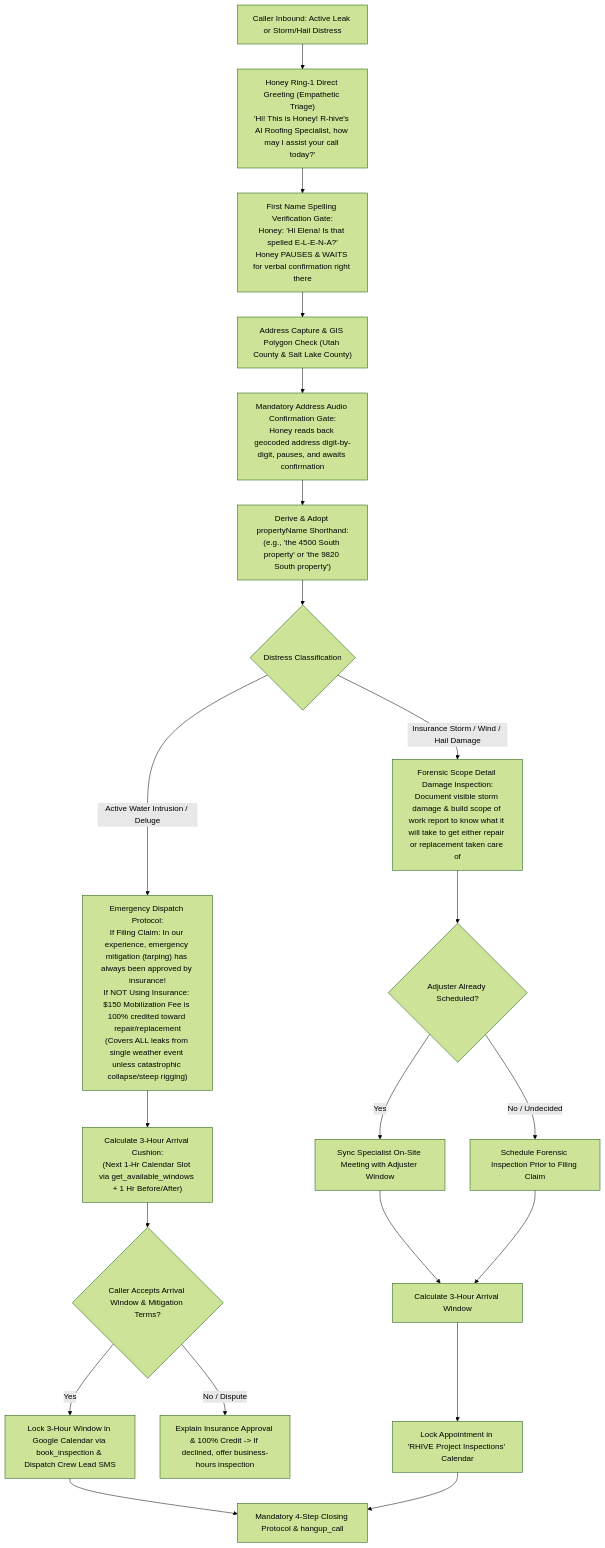
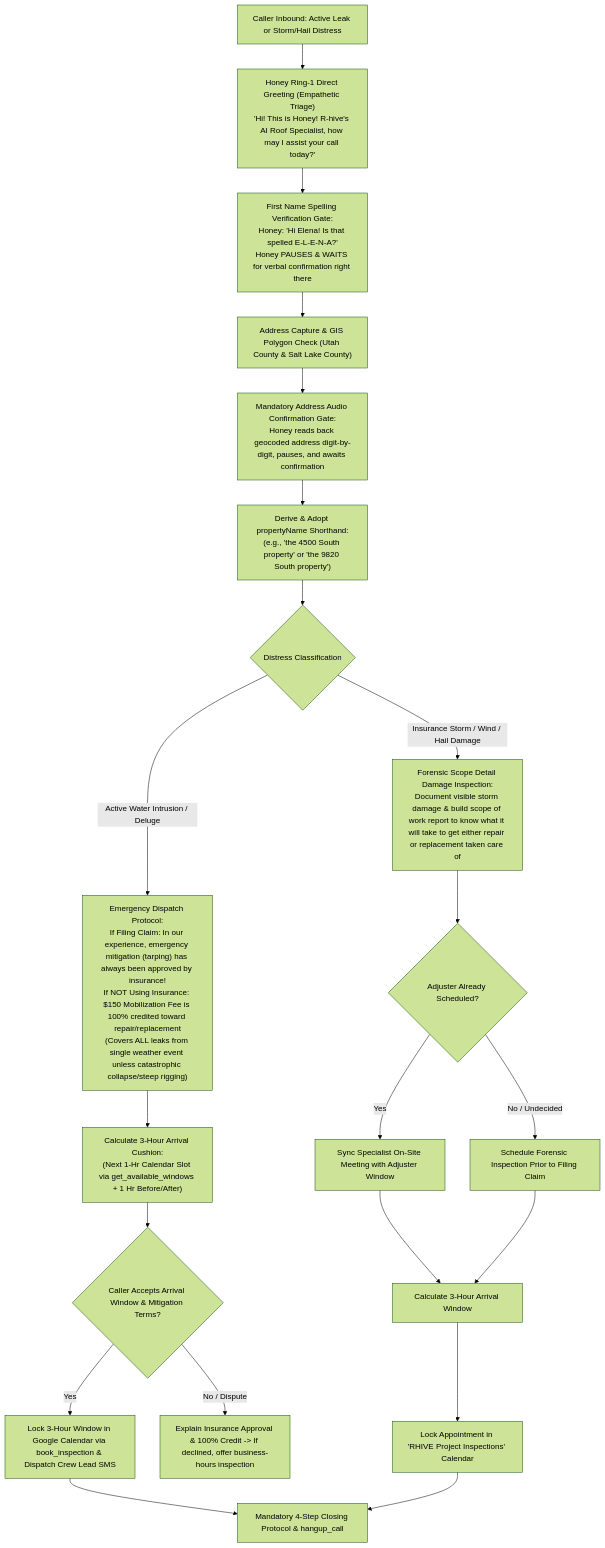
Before and after one commit to RHIVE-Construction/RHIVE-Telephony: the diagram in docs/flow_emergency_leaks_insurance_storm.md, drawn with Mermaid (forest theme). The commit also changed other lines of this file and 14 other files, not shown here.

Commit message:
feat(telephony): V6.1 R-hive IPA lock, AI Roof Specialist, SOTA Gemini 3.8 Live VAD & active AQuA Constellation Cluster UI (v1.9.1 / Rev 69)

````diff
--- a/docs/flow_emergency_leaks_insurance_storm.md
+++ b/docs/flow_emergency_leaks_insurance_storm.md
@@ -16,30 +16,30 @@
 ```mermaid
 flowchart TD
-    Inbound["Caller Inbound: Active Leak or Storm/Hail Distress"] --> HoneyGreet["Honey Ring-1 Direct Greeting (Empathetic Triage)<br/>'Hi! This is Honey! R-hive's AI Roofing Specialist, how may I assist your call today?'"]
+    Inbound["Caller Inbound: Active Leak or Storm/Hail Distress"] --> HoneyGreet["Honey Ring-1 Direct Greeting (Empathetic Triage)<br/>'Hi! This is Honey! R-hive's AI Roof Specialist, how may I assist your call today?'"]
     
     HoneyGreet --> NameVerify["First Name Spelling Verification Gate:<br/>Honey: 'Hi Elena! Is that spelled E-L-E-N-A?'<br/>Honey PAUSES & WAITS for verbal confirmation right there"]
     
     NameVerify --> AddressCapture["Address Capture & GIS Polygon Check (Utah County & Salt Lake County)"]
     
     AddressCapture --> AddressGate["Mandatory Address Audio Confirmation Gate:<br/>Honey reads back geocoded address digit-by-digit, pauses, and awaits confirmation"]
     
     AddressGate --> DeriveShorthand["Derive & Adopt propertyName Shorthand:<br/>(e.g., 'the 4500 South property' or 'the 9820 South property')"]
     
     DeriveShorthand --> TriageBranch{"Distress Classification"}
     
     TriageBranch -->|"Active Water Intrusion / Deluge"| EmergencyTarp["Emergency Dispatch Protocol:<br/>If Filing Claim: In our experience, emergency mitigation (tarping) has always been approved by insurance!<br/>If NOT Using Insurance: $150 Mobilization Fee is 100% credited toward repair/replacement<br/>(Covers ALL leaks from single weather event unless catastrophic collapse/steep rigging)"]
     EmergencyTarp --> CalcWindow["Calculate 3-Hour Arrival Cushion:<br/>(Next 1-Hr Calendar Slot via get_available_windows + 1 Hr Before/After)"]
     CalcWindow --> FeeAck{"Caller Accepts Arrival Window & Mitigation Terms?"}
     FeeAck -->|"Yes"| BookTarp["Lock 3-Hour Window in Google Calendar via book_inspection & Dispatch Crew Lead SMS"]
     BookTarp --> ClosingProtocol["Mandatory 4-Step Closing Protocol & hangup_call"]
     FeeAck -->|"No / Dispute"| FallbackExplain["Explain Insurance Approval & 100% Credit -> If declined, offer business-hours inspection"]
     
     TriageBranch -->|"Insurance Storm / Wind / Hail Damage"| ForensicAudit["Forensic Scope Detail Damage Inspection:<br/>Document visible storm damage & build scope of work report to know what it will take to get either repair or replacement taken care of"]
     ForensicAudit --> AdjusterTime{"Adjuster Already Scheduled?"}
     AdjusterTime -->|"Yes"| MatchAdjuster["Sync Specialist On-Site Meeting with Adjuster Window"]
     AdjusterTime -->|"No / Undecided"| PreClaimAudit["Schedule Forensic Inspection Prior to Filing Claim"]
     MatchAdjuster --> CalcWindowIns["Calculate 3-Hour Arrival Window"]
     PreClaimAudit --> CalcWindowIns
     CalcWindowIns --> BookIns["Lock Appointment in 'RHIVE Project Inspections' Calendar"]
     BookIns --> ClosingProtocol
 ```
````
